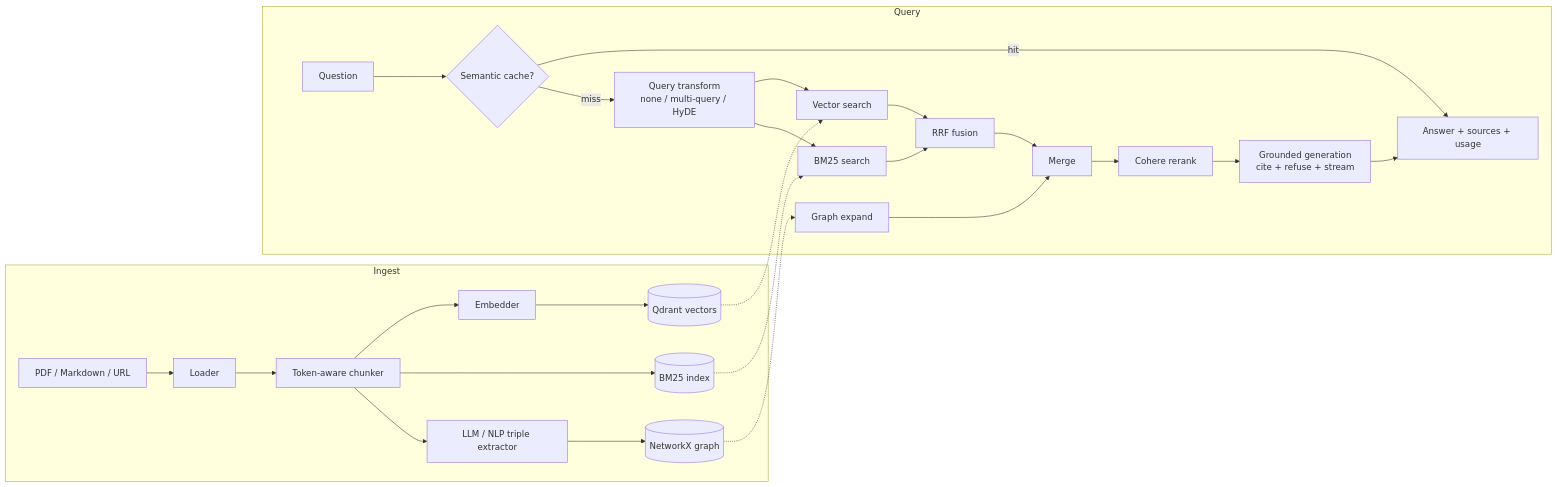
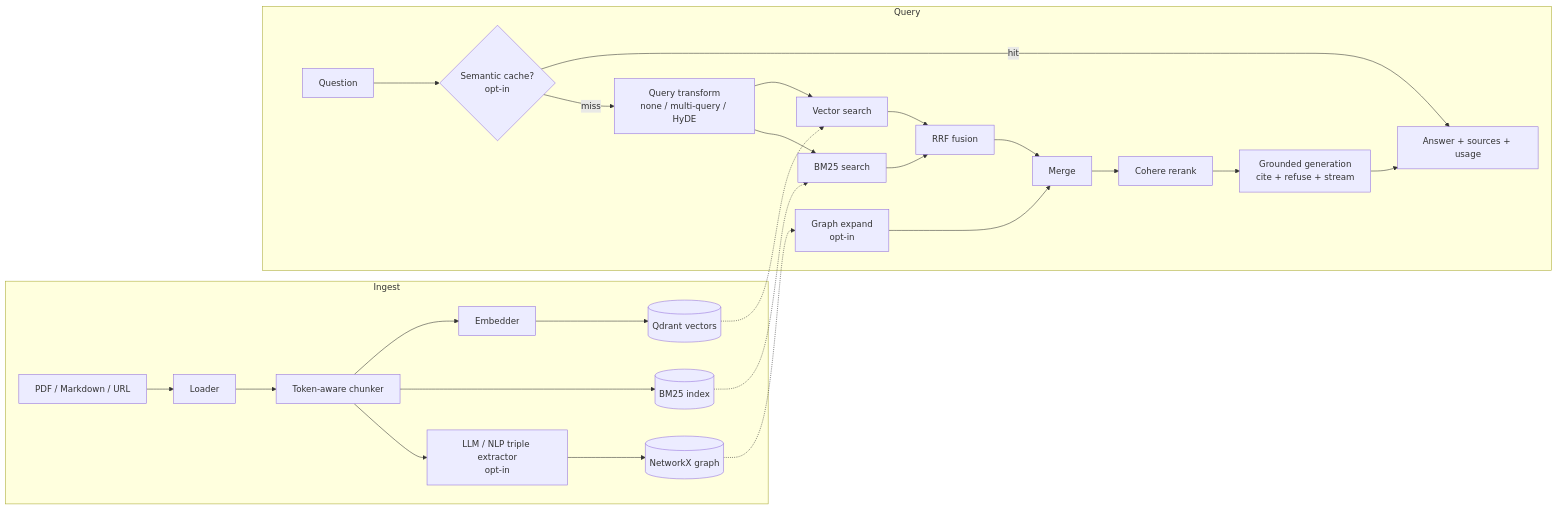
One commit to WeiGuang-2099/Production-RAG changed the diagram in README.md. Above: the diagram before and after it, drawn with Mermaid. The commit also changed other lines of this file and 1 other file, not shown here.

````diff
--- a/README.md
+++ b/README.md
@@ -47,30 +83,30 @@
 ```mermaid
 flowchart LR
     subgraph Ingest
         A[PDF / Markdown / URL] --> B[Loader]
         B --> C[Token-aware chunker]
         C --> D[Embedder]
         D --> E[(Qdrant vectors)]
         C --> F[(BM25 index)]
-        C --> G[LLM / NLP triple extractor] --> H[(NetworkX graph)]
+        C --> G[LLM / NLP triple extractor<br/>opt-in] --> H[(NetworkX graph)]
     end
 
     subgraph Query
-        Q[Question] --> K{Semantic cache?}
+        Q[Question] --> K{Semantic cache?<br/>opt-in}
         K -- hit --> ANS[Answer + sources + usage]
         K -- miss --> QT[Query transform<br/>none / multi-query / HyDE]
         QT --> VS[Vector search]
         QT --> BM[BM25 search]
         VS --> RRF[RRF fusion]
         BM --> RRF
-        GE[Graph expand] --> MG[Merge]
+        GE[Graph expand<br/>opt-in] --> MG[Merge]
         RRF --> MG
         MG --> RR[Cohere rerank]
         RR --> GEN[Grounded generation<br/>cite + refuse + stream]
         GEN --> ANS
     end
 
     E -.-> VS
     F -.-> BM
     H -.-> GE
 ```
````
